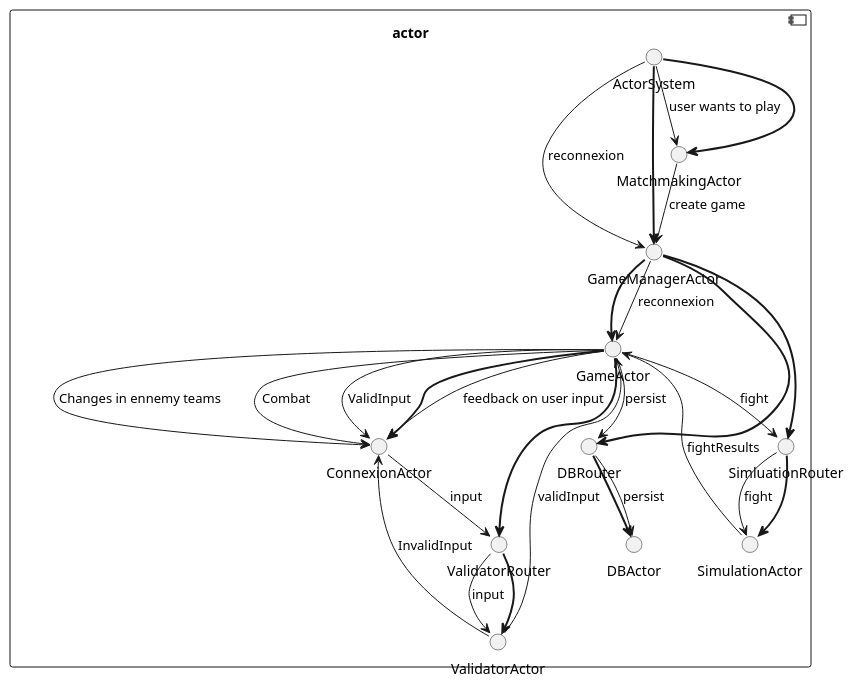
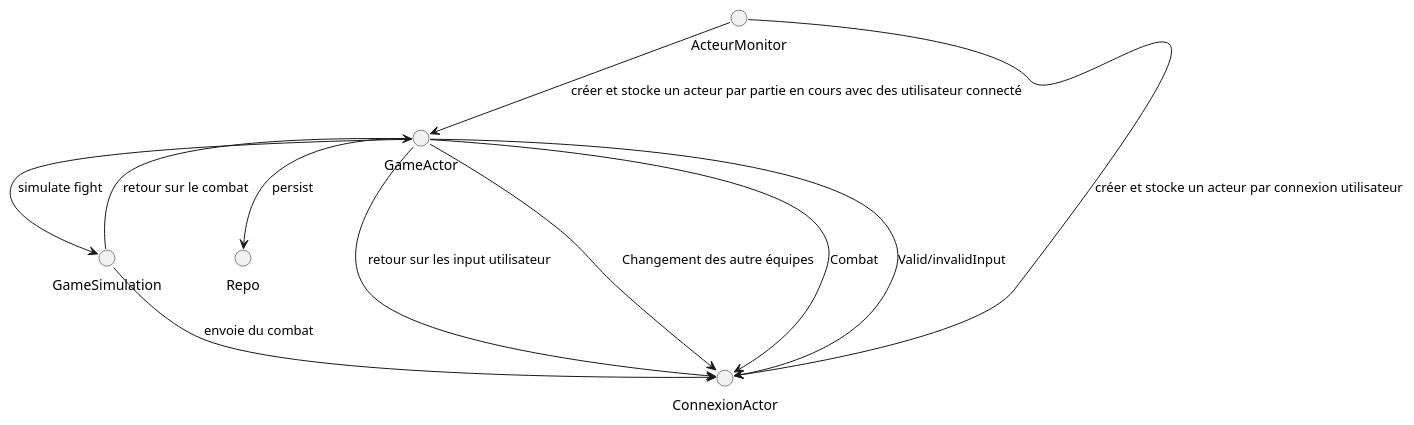
One commit to skyrag/travail_de_bachelor changed the diagram in SchémaEtDocument/schemaActor.puml. Above: the diagram before and after it, drawn with PlantUML. The commit also changed 103 other files, not shown here.

Commit message:
fin acteur et backend avec rapport

```diff
--- a/SchémaEtDocument/schemaActor.puml
+++ b/SchémaEtDocument/schemaActor.puml
@@ -1,46 +1,28 @@
 @startuml
 'https://plantuml.com/deployment-diagram
 
-Component actor {
-circle ActorSystem
-circle GameManagerActor
-circle MatchmakingActor
+circle ActeurMonitor
+circle Repo
+circle GameSimulation
+
+
 circle GameActor
 circle ConnexionActor
-circle ValidatorActor
-circle DBActor
-circle DBRouter
-circle SimluationRouter
-circle ValidatorRouter
-circle SimulationActor
 
-ActorSystem --> GameManagerActor : "reconnexion"
-ActorSystem -[bold]-> GameManagerActor
-ActorSystem --> MatchmakingActor : "user wants to play"
-ActorSystem -[bold]-> MatchmakingActor
-MatchmakingActor --> GameManagerActor : "create game"
-GameManagerActor -[bold]-> GameActor
-GameManagerActor --> GameActor : "reconnexion"
-GameActor -[bold]-> ConnexionActor
-GameActor --> ConnexionActor : "feedback on user input"
-GameActor --> ConnexionActor : "Changes in ennemy teams"
+ActeurMonitor --> ConnexionActor : créer et stocke un acteur par connexion utilisateur
+ActeurMonitor --> GameActor : créer et stocke un acteur par partie en cours avec des utilisateur connecté
+
+GameActor --> ConnexionActor : "retour sur les input utilisateur"
+GameActor --> ConnexionActor : "Changement des autre équipes"
 GameActor --> ConnexionActor : "Combat"
-GameActor -[bold]-> ValidatorRouter
-ValidatorRouter -[bold]-> ValidatorActor
-ConnexionActor --> ValidatorRouter : "input"
-ValidatorRouter --> ValidatorActor : "input"
-ValidatorActor --> GameActor : validInput
-GameActor --> ConnexionActor : ValidInput
-ValidatorActor --> ConnexionActor : InvalidInput
-GameManagerActor -[bold]-> SimluationRouter
-SimluationRouter -[bold]-> SimulationActor
-GameActor --> SimluationRouter : fight
-SimluationRouter --> SimulationActor : fight
-SimulationActor --> GameActor : fightResults
-GameManagerActor -[bold]-> DBRouter
-DBRouter -[bold]-> DBActor
-GameActor --> DBRouter : persist
-DBRouter --> DBActor : persist
-}
+
+GameSimulation --> GameActor : retour sur le combat
+GameSimulation --> ConnexionActor : envoie du combat
+
+GameActor --> ConnexionActor : Valid/invalidInput
+GameActor --> GameSimulation : simulate fight
+
+GameActor --> Repo : persist
+
 
 @enduml
```
